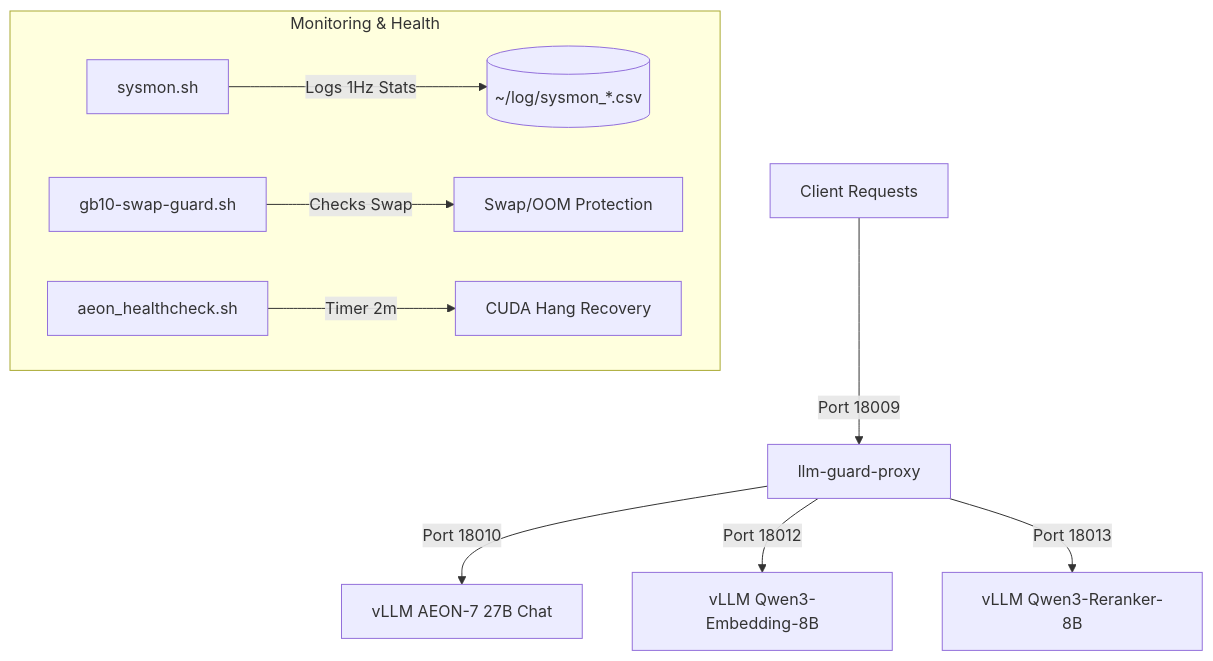
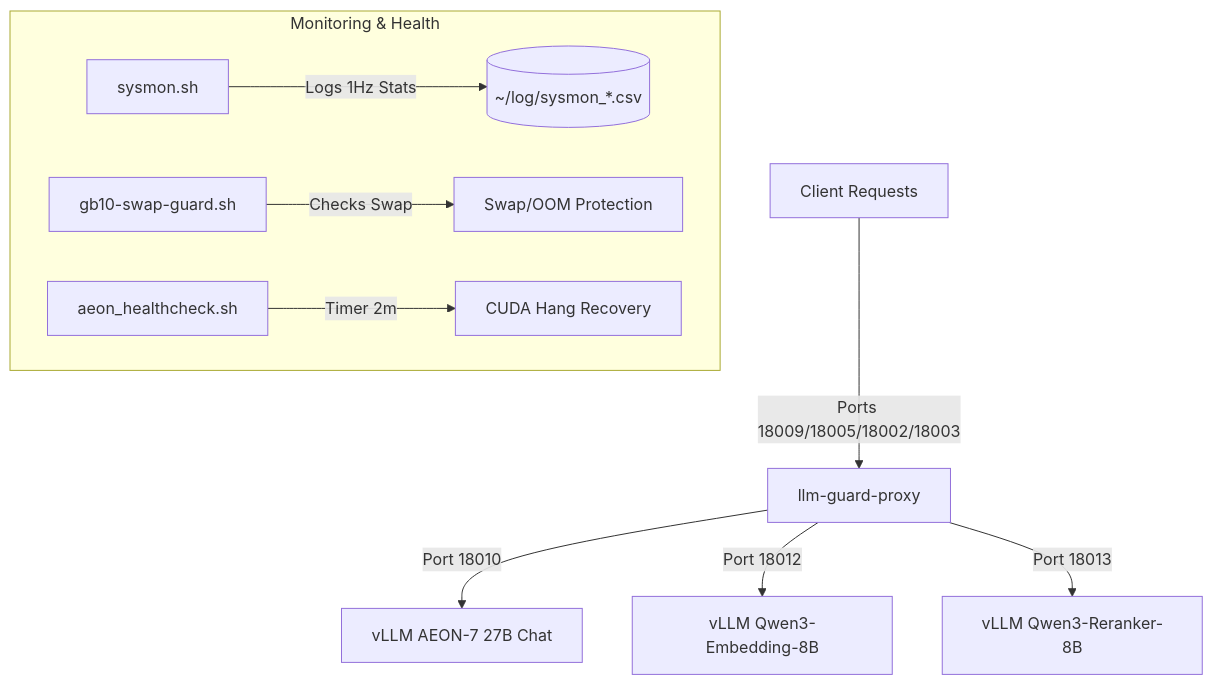
The diagram in README.md (RyderFreeman4Logos/gb10-services), drawn with Mermaid before and after one commit. The commit also changed other lines of this file and 4 other files, not shown here.

Commit message:
chore(gb10): move legacy ports behind guard

````diff
--- a/README.md
+++ b/README.md
@@ -11,13 +11,13 @@
 ```mermaid
 graph TD
-    Client[Client Requests] -->|Port 18009| Proxy[llm-guard-proxy]
+    Client[Client Requests] -->|Ports 18009/18005/18002/18003| Proxy[llm-guard-proxy]
     Proxy -->|Port 18010| AEON[vLLM AEON-7 27B Chat]
     Proxy -->|Port 18012| Embed[vLLM Qwen3-Embedding-8B]
     Proxy -->|Port 18013| Rerank[vLLM Qwen3-Reranker-8B]
 
     subgraph Monitoring & Health
         Sysmon[sysmon.sh] -->|Logs 1Hz Stats| CSV[(~/log/sysmon_*.csv)]
         SwapGuard[gb10-swap-guard.sh] -->|Checks Swap| OOMProtect[Swap/OOM Protection]
         HCheck[aeon_healthcheck.sh] -->|Timer 2m| HangRecovery[CUDA Hang Recovery]
     end
 ```
````
